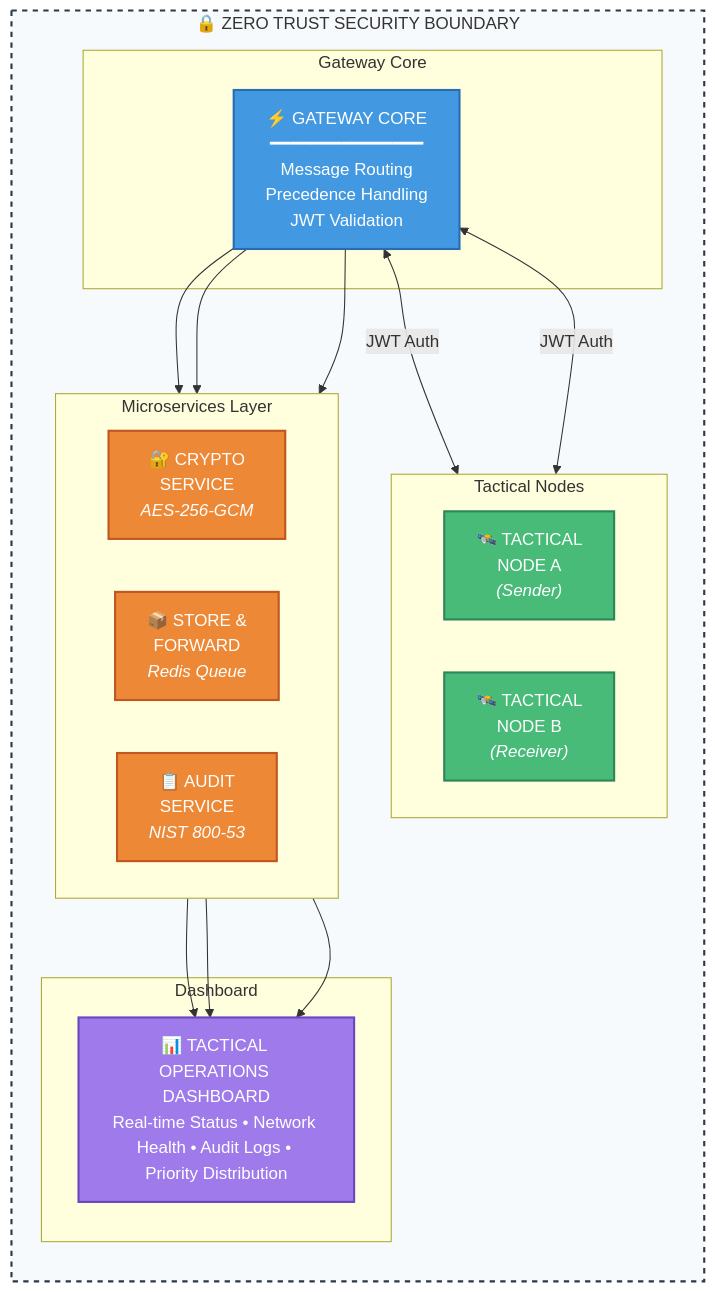
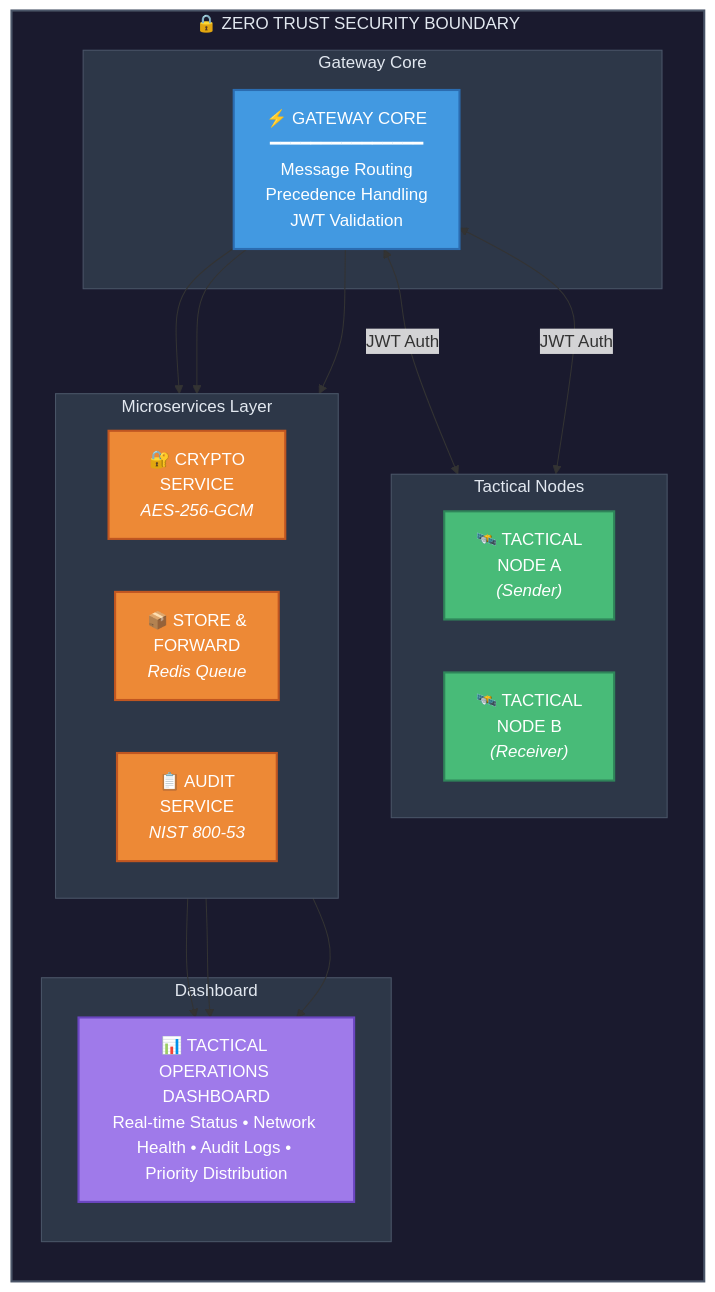
Before and after one commit to ryanwelchtech/tactical-edge-comm-gateway: the first of 4 diagrams in docs/images/architecture-diagram.md, drawn with Mermaid. The commit also changed 1 other file, not shown here.

Commit message:
Fix Mermaid diagram dark theme, update dashboard to fetch real API data

````diff
--- a/docs/images/architecture-diagram.md
+++ b/docs/images/architecture-diagram.md
@@ -3,48 +3,52 @@
 ```mermaid
 flowchart TB
     subgraph ZT["🔒 ZERO TRUST SECURITY BOUNDARY"]
         direction TB
 
         subgraph NODES["Tactical Nodes"]
             direction LR
             NA["🛰️ TACTICAL<br/>NODE A<br/><i>(Sender)</i>"]
             NB["🛰️ TACTICAL<br/>NODE B<br/><i>(Receiver)</i>"]
         end
 
         subgraph CORE["Gateway Core"]
             GW["⚡ GATEWAY CORE<br/>━━━━━━━━━━━━━━━<br/>Message Routing<br/>Precedence Handling<br/>JWT Validation"]
         end
 
         subgraph SERVICES["Microservices Layer"]
             direction LR
             CRYPTO["🔐 CRYPTO<br/>SERVICE<br/><i>AES-256-GCM</i>"]
             SF["📦 STORE &<br/>FORWARD<br/><i>Redis Queue</i>"]
             AUDIT["📋 AUDIT<br/>SERVICE<br/><i>NIST 800-53</i>"]
         end
 
         subgraph DASH["Dashboard"]
             DB["📊 TACTICAL OPERATIONS DASHBOARD<br/>Real-time Status • Network Health • Audit Logs • Priority Distribution"]
         end
     end
 
     NA <-->|"JWT Auth"| GW
     GW <-->|"JWT Auth"| NB
     GW --> CRYPTO
     GW --> SF
     GW --> AUDIT
     CRYPTO --> DB
     SF --> DB
     AUDIT --> DB
 
     classDef nodeStyle fill:#48bb78,stroke:#2f855a,color:white,stroke-width:2px
     classDef coreStyle fill:#4299e1,stroke:#2b6cb0,color:white,stroke-width:2px
     classDef serviceStyle fill:#ed8936,stroke:#c05621,color:white,stroke-width:2px
     classDef dashStyle fill:#9f7aea,stroke:#6b46c1,color:white,stroke-width:2px
-    classDef boundaryStyle fill:#f7fafc,stroke:#2d3748,stroke-width:2px,stroke-dasharray:5
 
     class NA,NB nodeStyle
     class GW coreStyle
     class CRYPTO,SF,AUDIT serviceStyle
     class DB dashStyle
-    class ZT boundaryStyle
+
+    style ZT fill:#1a1a2e,stroke:#4a5568,stroke-width:2px,color:#e2e8f0
+    style NODES fill:#2d3748,stroke:#4a5568,color:#e2e8f0
+    style CORE fill:#2d3748,stroke:#4a5568,color:#e2e8f0
+    style SERVICES fill:#2d3748,stroke:#4a5568,color:#e2e8f0
+    style DASH fill:#2d3748,stroke:#4a5568,color:#e2e8f0
 ```
````
